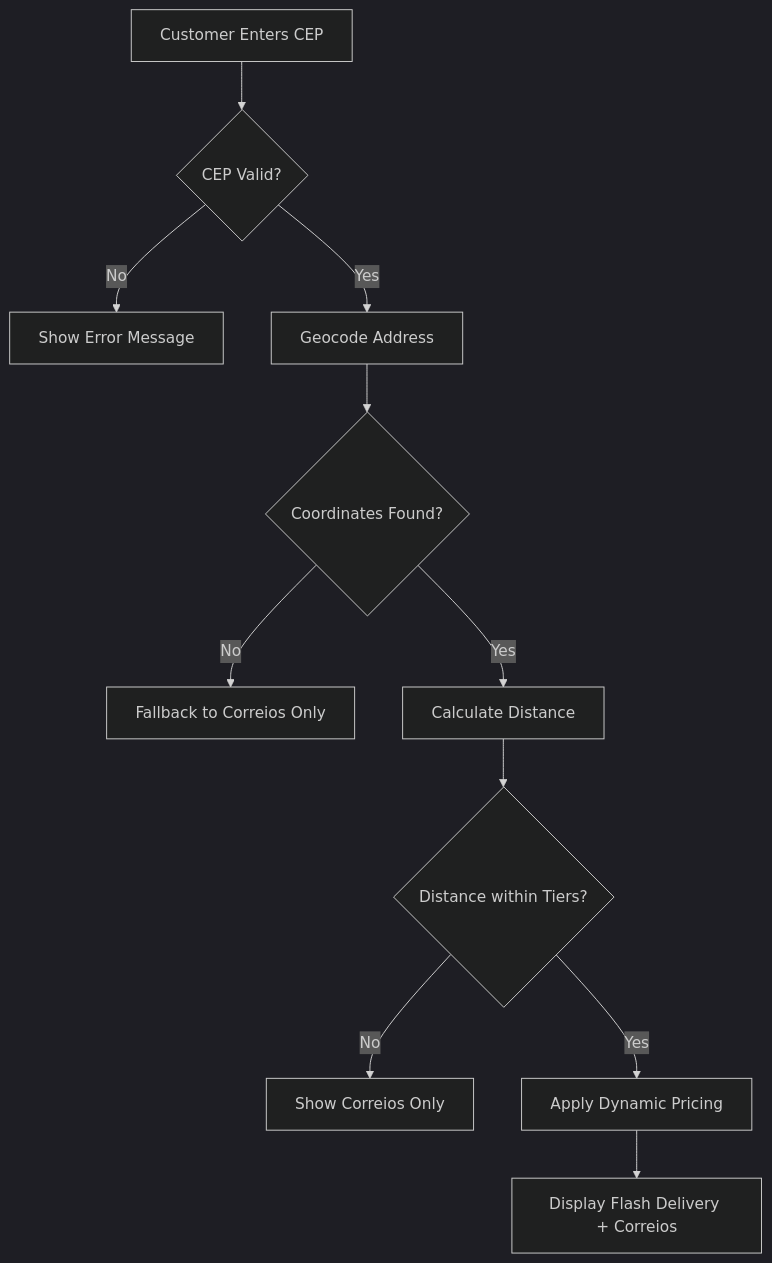
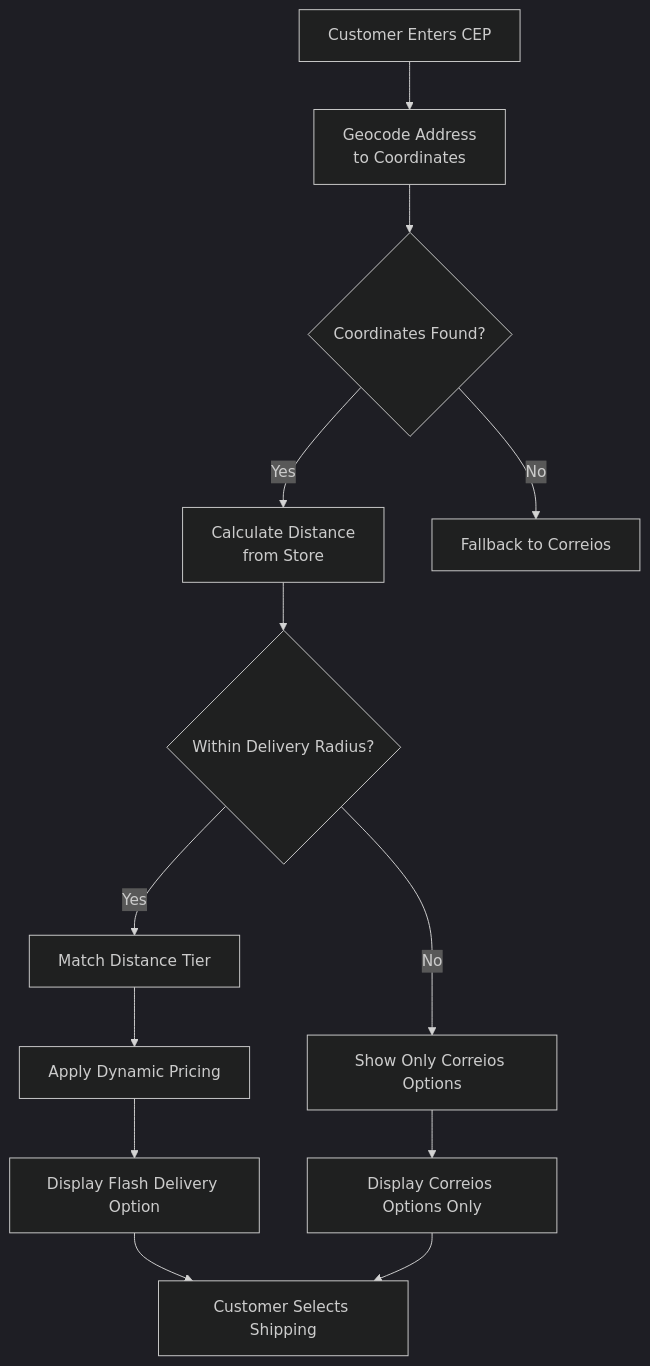
Before and after one commit to gustavofullstack/Woo_envios: the diagram in docs/USER_GUIDE.md, drawn with Mermaid (dark theme). The commit also changed other lines of this file and 5 other files, not shown here.

````diff
--- a/docs/USER_GUIDE.md
+++ b/docs/USER_GUIDE.md
@@ -238,13 +114,15 @@
 ```mermaid
-flowchart TD
-    A[Customer Enters CEP] --> B{CEP Valid?}
-    B -->|No| C[Show Error Message]
-    B -->|Yes| D[Geocode Address]
-    D --> E{Coordinates Found?}
-    E -->|No| F[Fallback to Correios Only]
-    E -->|Yes| G[Calculate Distance]
-    G --> H{Distance within Tiers?}
-    H -->|No| I[Show Correios Only]
-    H -->|Yes| J[Apply Dynamic Pricing]
-    J --> K[Display Flash Delivery + Correios]
+graph TD
+    A[Customer Enters CEP] --> B[Geocode Address<br/>to Coordinates]
+    B --> C{Coordinates Found?}
+    C -->|Yes| D[Calculate Distance<br/>from Store]
+    C -->|No| E[Fallback to Correios]
+    D --> F{Within Delivery Radius?}
+    F -->|Yes| G[Match Distance Tier]
+    F -->|No| H[Show Only Correios Options]
+    G --> I[Apply Dynamic Pricing]
+    I --> J[Display Flash Delivery Option]
+    H --> K[Display Correios Options Only]
+    J --> L[Customer Selects Shipping]
+    K --> L
 ```
````
